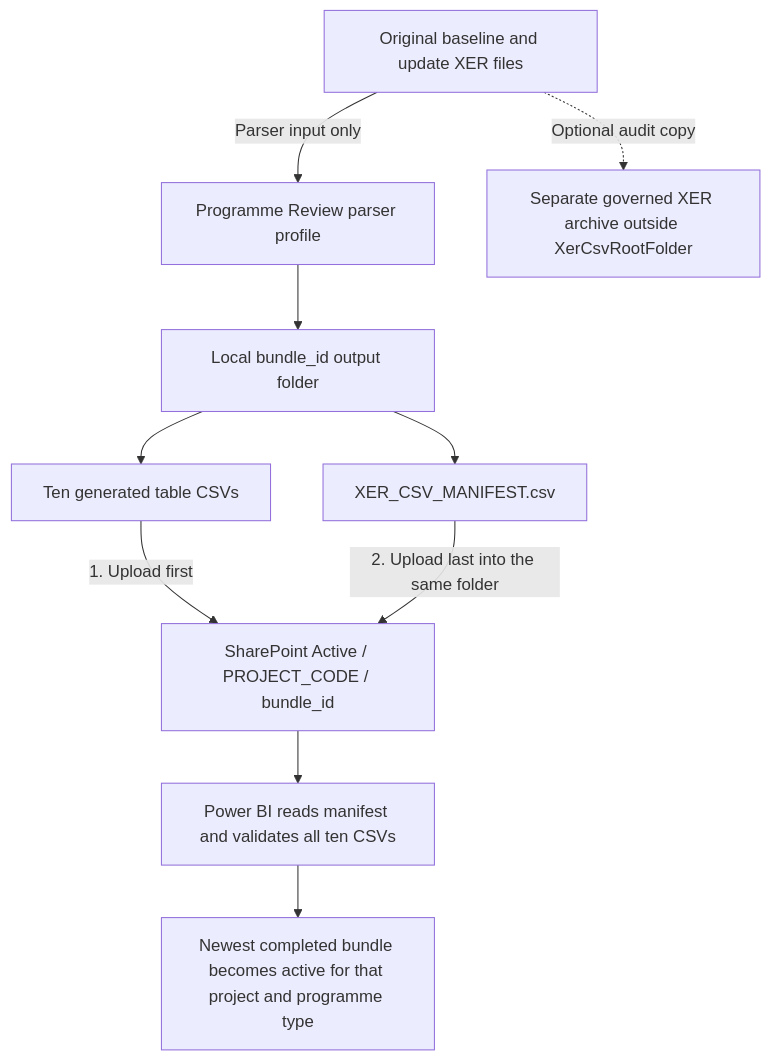
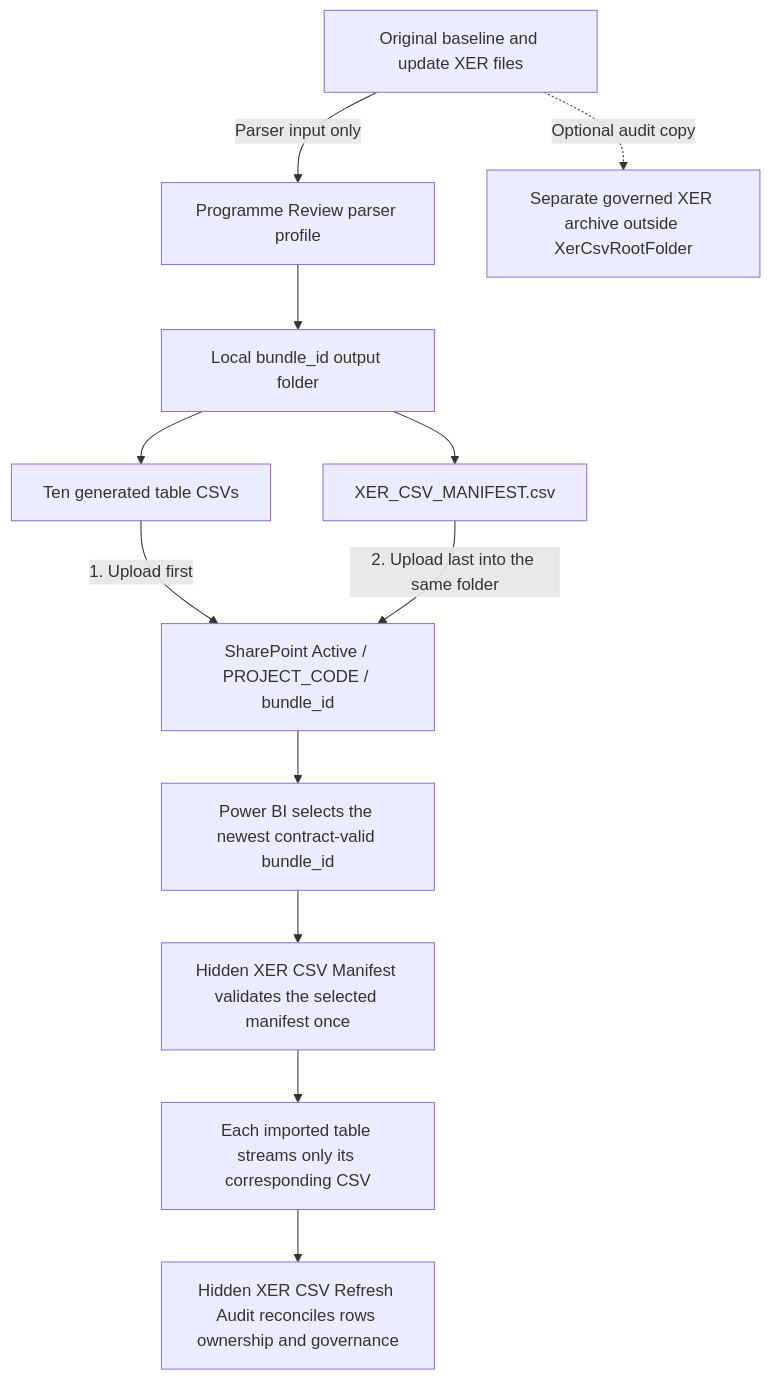
Before and after one commit to raguirre24/Programme-Review: the diagram in SHAREPOINT_CSV_SETUP.md, drawn with Mermaid. The commit also changed other lines of this file and 19 other files, not shown here.

````diff
--- a/SHAREPOINT_CSV_SETUP.md
+++ b/SHAREPOINT_CSV_SETUP.md
@@ -84,12 +92,14 @@
 ```mermaid
 flowchart TD
     A[Original baseline and update XER files] -->|Parser input only| B[Programme Review parser profile]
     B --> C[Local bundle_id output folder]
     C --> D[Ten generated table CSVs]
     C --> E[XER_CSV_MANIFEST.csv]
     D -->|1. Upload first| F[SharePoint Active / PROJECT_CODE / bundle_id]
     E -->|2. Upload last into the same folder| F
-    F --> G[Power BI reads manifest and validates all ten CSVs]
-    G --> H[Newest completed bundle becomes active for that project and programme type]
+    F --> G[Power BI selects the newest contract-valid bundle_id]
+    G --> H[Hidden XER CSV Manifest validates the selected manifest once]
+    H --> J[Each imported table streams only its corresponding CSV]
+    J --> K[Hidden XER CSV Refresh Audit reconciles rows ownership and governance]
     A -. Optional audit copy .-> I[Separate governed XER archive outside XerCsvRootFolder]
 ```
````
